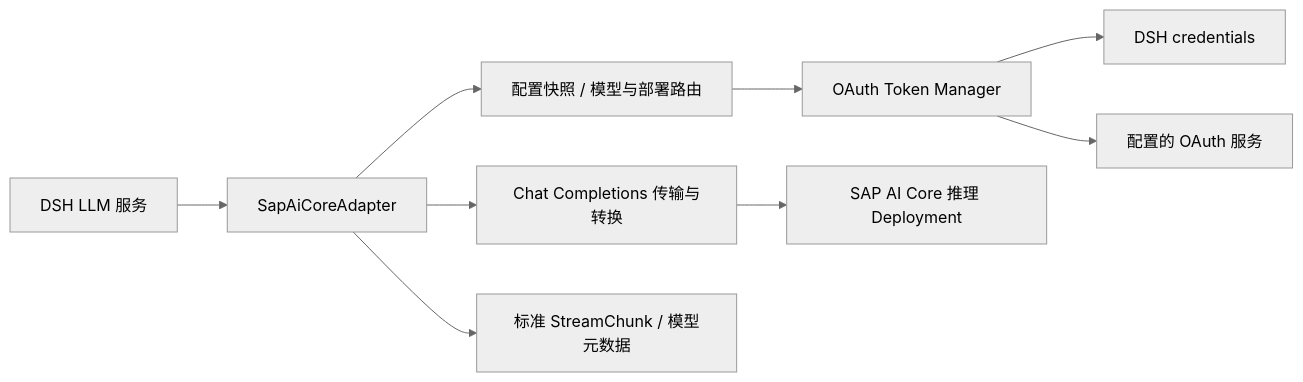
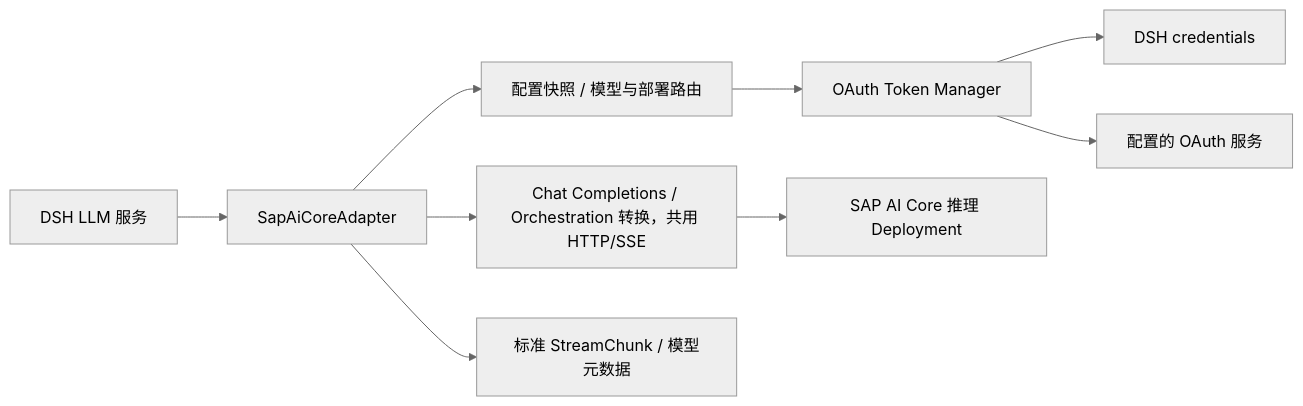
Before and after one commit to solstice621/dsh-sap-ai-core: the diagram in PLAN.md, drawn with Mermaid (neutral theme). The commit also changed other lines of this file and 43 other files, not shown here.

````diff
--- a/PLAN.md
+++ b/PLAN.md
@@ -45,11 +52,11 @@
 ```mermaid
 flowchart LR
   D["DSH LLM 服务"] --> A["SapAiCoreAdapter"]
   A --> R["配置快照 / 模型与部署路由"]
-  A --> T["Chat Completions 传输与转换"]
+  A --> T["Chat Completions / Orchestration 转换，共用 HTTP/SSE"]
   R --> O["OAuth Token Manager"]
   O --> C["DSH credentials"]
   O --> I["配置的 OAuth 服务"]
   T --> G["SAP AI Core 推理 Deployment"]
   A --> E["标准 StreamChunk / 模型元数据"]
 ```
````
